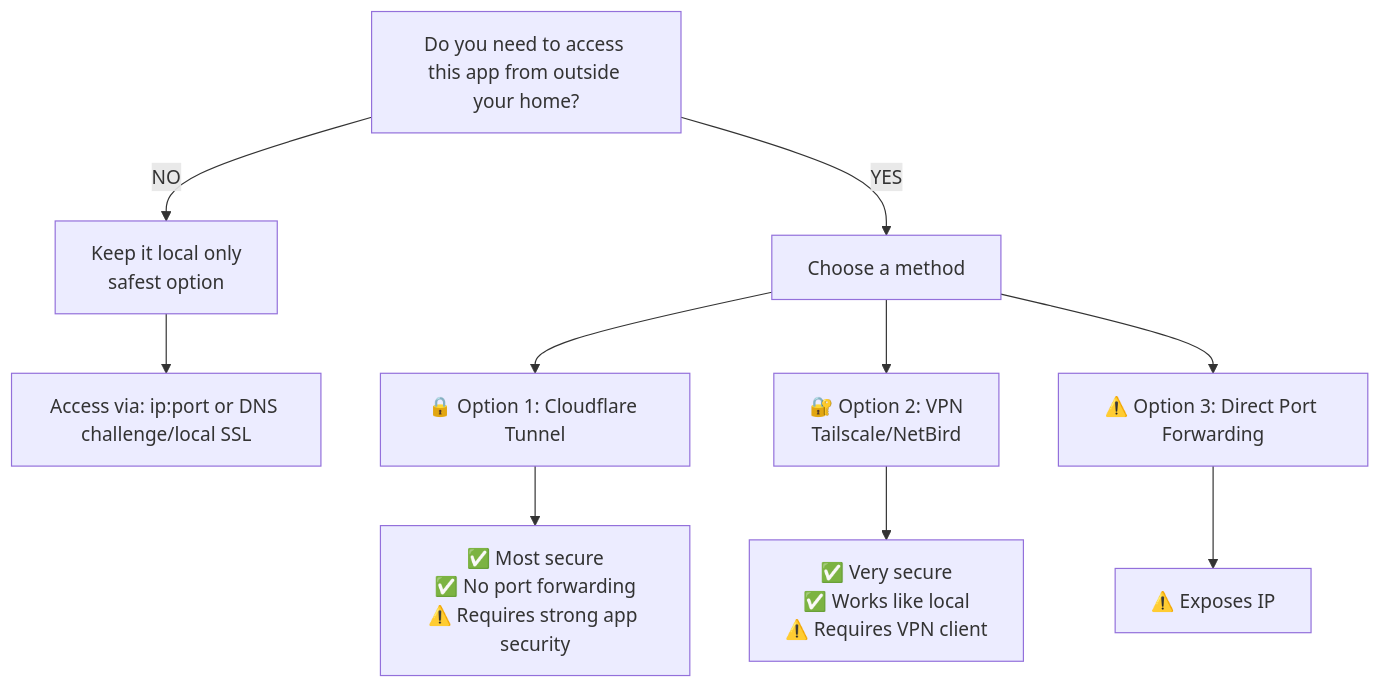
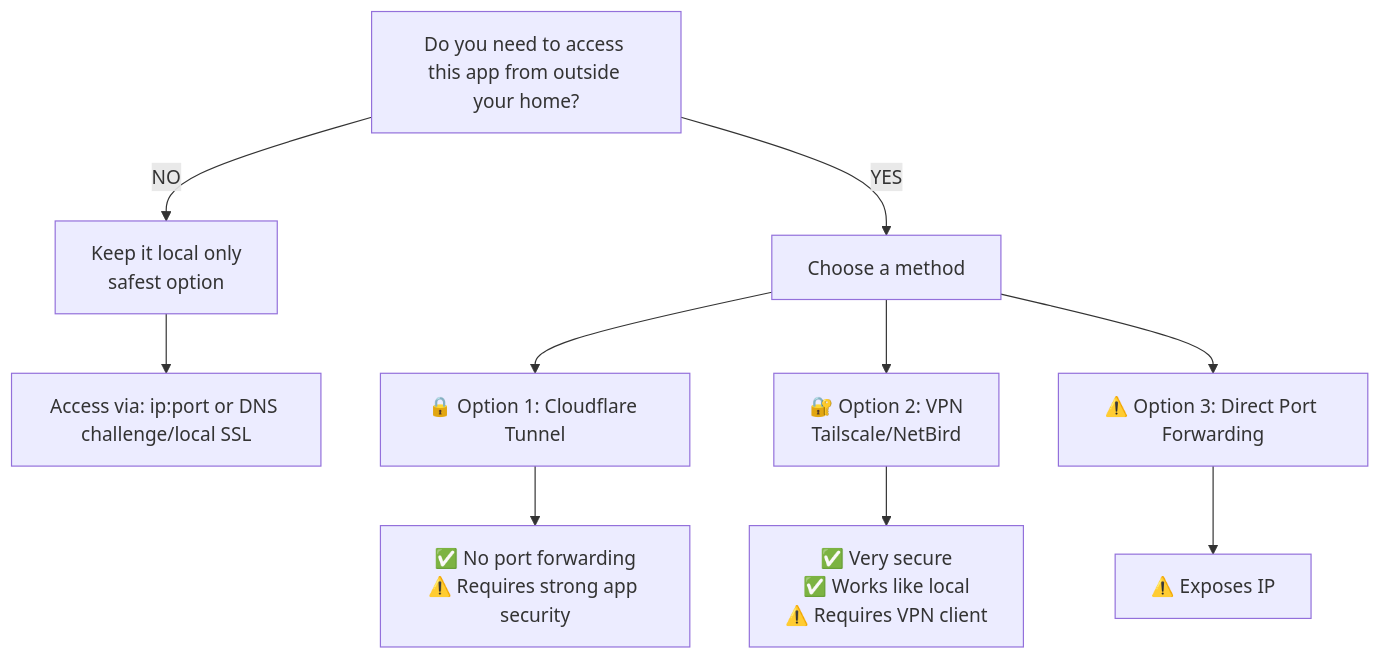
The diagram in src/content/docs/learn/reverse-proxy.mdx (runtipi/runtipi-docs), drawn with Mermaid before and after one commit. The commit also changed 34 other files, not shown here.

````diff
--- a/src/content/docs/learn/reverse-proxy.mdx
+++ b/src/content/docs/learn/reverse-proxy.mdx
@@ -92,18 +92,18 @@
 ```mermaid
 graph TD
     A["Do you need to access this app from outside your home?"]
 
     A -->|NO| B["Keep it local only<br/>safest option"]
     B --> B1["Access via: ip:port or DNS challenge/local SSL"]
 
     A -->|YES| C["Choose a method"]
 
     C --> D["🔒 Option 1: Cloudflare Tunnel"]
-    D --> D1["✅ Most secure<br/>✅ No port forwarding<br />⚠️ Requires strong app security"]
+    D --> D1["✅ No port forwarding<br />⚠️ Requires strong app security"]
 
     C --> E["🔐 Option 2: VPN<br/>Tailscale/NetBird"]
     E --> E1["✅ Very secure<br/>✅ Works like local<br/>⚠️ Requires VPN client"]
 
     C --> F["⚠️ Option 3: Direct Port Forwarding"]
     F --> F1["⚠️ Exposes IP<br/>"]
 ```
````
